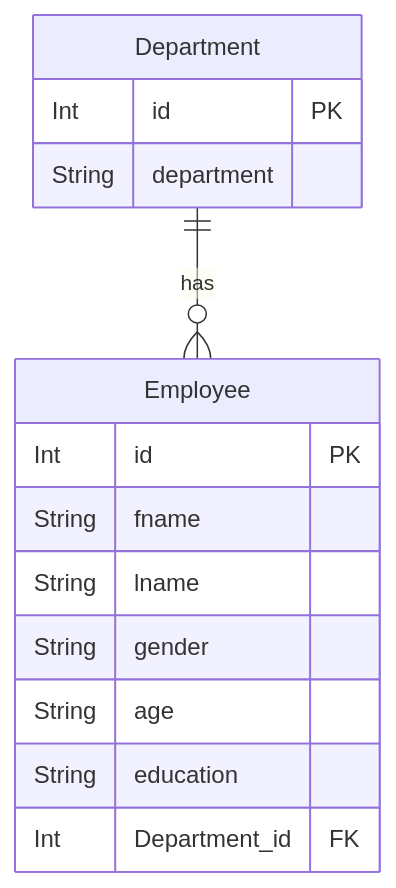
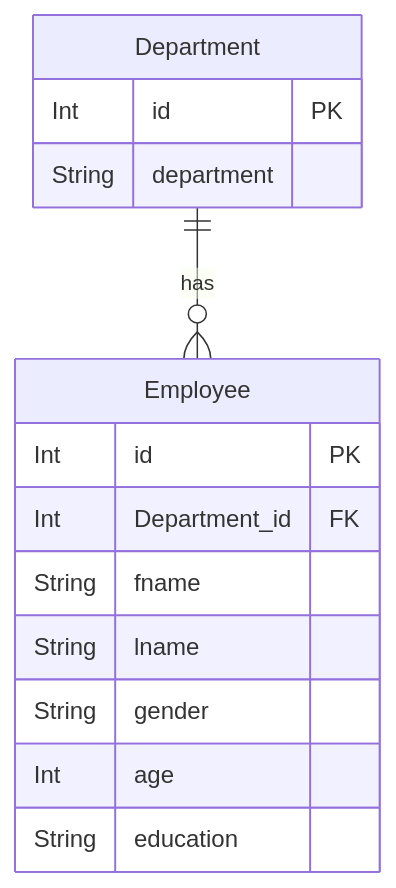
The diagram in README.md (Apisit250aps/Employee), drawn with Mermaid before and after one commit.

````diff
--- a/README.md
+++ b/README.md
@@ -5,19 +5,19 @@
 ```mermaid
 erDiagram
     Employee {
         Int id PK
+        Int Department_id FK
         String fname
         String lname
         String gender
-        String age
+        Int age
         String education
-        Int Department_id FK
     }
 
     Department {
         Int id PK
         String department
     }
 
     Department ||--o{ Employee : has
 ```
````
